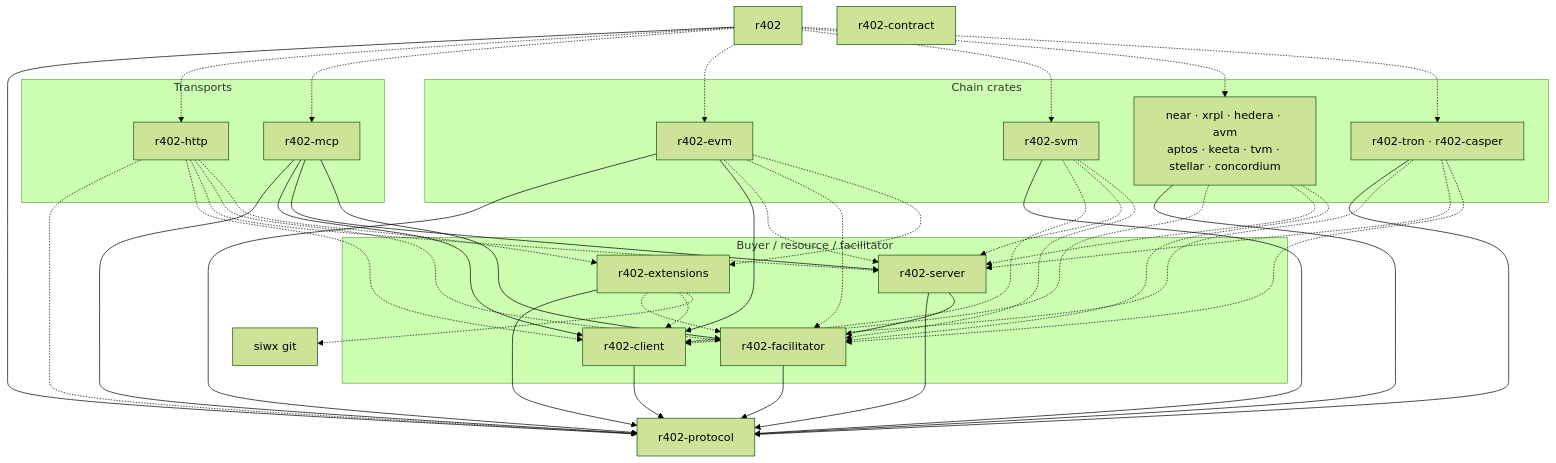
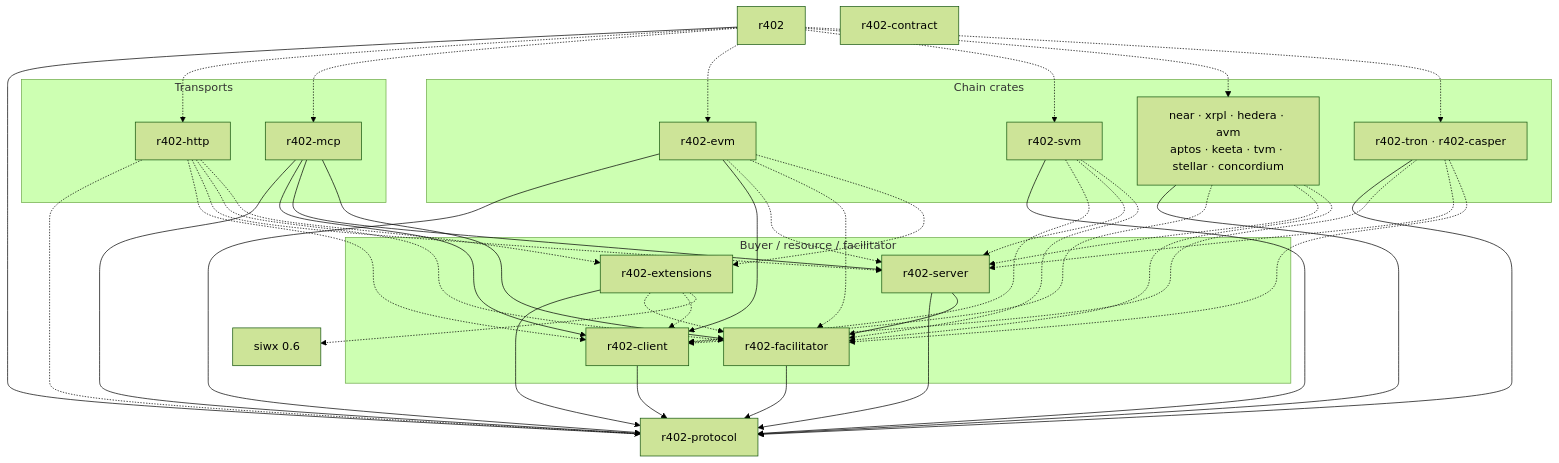
The diagram in crates/README.md (qntx/r402), drawn with Mermaid (forest theme) before and after one commit. The commit also changed other lines of this file and 11 other files, not shown here.

````diff
--- a/crates/README.md
+++ b/crates/README.md
@@ -64,76 +63,76 @@
 ```mermaid
 flowchart TB
   umbrella["r402"]
   contract["r402-contract"]
 
   subgraph transports["Transports"]
     http["r402-http"]
     mcp["r402-mcp"]
   end
 
   subgraph chains["Chain crates"]
     evm["r402-evm"]
     svm["r402-svm"]
     prod["near · xrpl · hedera · avm<br/>aptos · keeta · tvm · stellar · concordium"]
     extra["r402-tron · r402-casper"]
   end
 
   subgraph roles["Buyer / resource / facilitator"]
     client["r402-client"]
     server["r402-server"]
     facilitator["r402-facilitator"]
     extensions["r402-extensions"]
   end
 
   protocol["r402-protocol"]
-  siwx["siwx git"]
+  siwx["siwx 0.6"]
 
   client --> protocol
   facilitator --> protocol
   server --> protocol
   server --> facilitator
   extensions --> protocol
   extensions -.-> facilitator
   extensions -.-> client
   extensions -.-> siwx
 
   evm --> protocol
   evm --> client
   evm -.-> server
   evm -.-> facilitator
   evm -.-> extensions
 
   svm --> protocol
   svm -.-> client
   svm -.-> server
   svm -.-> facilitator
 
   prod --> protocol
   prod -.-> client
   prod -.-> server
   prod -.-> facilitator
 
   extra --> protocol
   extra -.-> client
   extra -.-> server
   extra -.-> facilitator
 
   http -.-> protocol
   http -.-> client
   http -.-> server
   http -.-> facilitator
   http -.-> extensions
 
   mcp --> protocol
   mcp --> client
   mcp --> server
   mcp --> facilitator
 
   umbrella --> protocol
   umbrella -.-> http
   umbrella -.-> mcp
   umbrella -.-> evm
   umbrella -.-> svm
   umbrella -.-> prod
   umbrella -.-> extra
 ```
````
